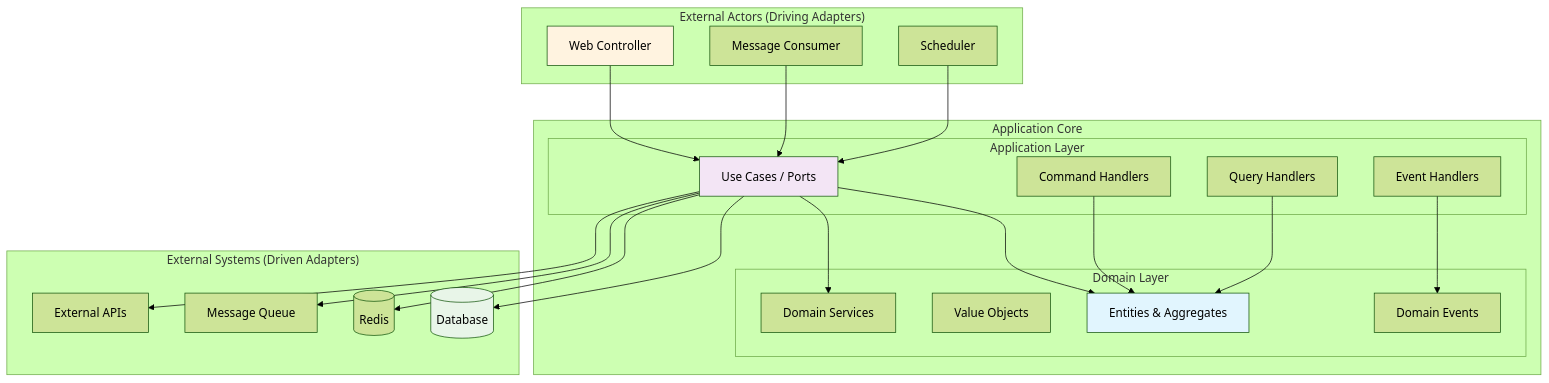
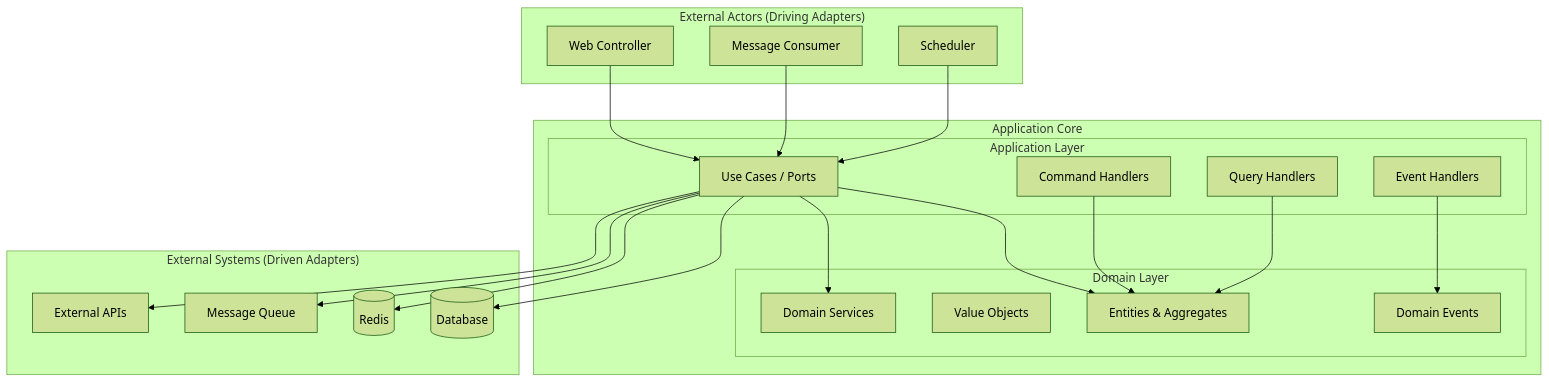
Before and after one commit to je1113/JavaBackendHighTraffic: the first of 3 diagrams in projects/ecommerce-microservices/WBS.md, drawn with Mermaid (forest theme). The commit also changed other lines of this file and 24 other files, not shown here.

````diff
--- a/projects/ecommerce-microservices/WBS.md
+++ b/projects/ecommerce-microservices/WBS.md
@@ -5,51 +5,47 @@
 ```mermaid
 graph TB
     subgraph "External Actors (Driving Adapters)"
         WEB[Web Controller]
         MSG[Message Consumer]
         SCH[Scheduler]
     end
     
     subgraph "Application Core"
         subgraph "Domain Layer"
             ENT[Entities & Aggregates]
             VO[Value Objects]
             DS[Domain Services]
             DE[Domain Events]
         end
         
         subgraph "Application Layer"
             UC[Use Cases / Ports]
             CH[Command Handlers]
             QH[Query Handlers]
             EH[Event Handlers]
         end
     end
     
     subgraph "External Systems (Driven Adapters)"
         DB[(Database)]
         CACHE[(Redis)]
         MQ[Message Queue]
         EXT[External APIs]
     end
     
     WEB --> UC
     MSG --> UC
     SCH --> UC
     
     UC --> ENT
     UC --> DS
     CH --> ENT
     QH --> ENT
     EH --> DE
     
     UC --> DB
     UC --> CACHE
     UC --> MQ
     UC --> EXT
     
-    style ENT fill:#e1f5fe
-    style UC fill:#f3e5f5
-    style WEB fill:#fff3e0
-    style DB fill:#e8f5e8
 ```
````
